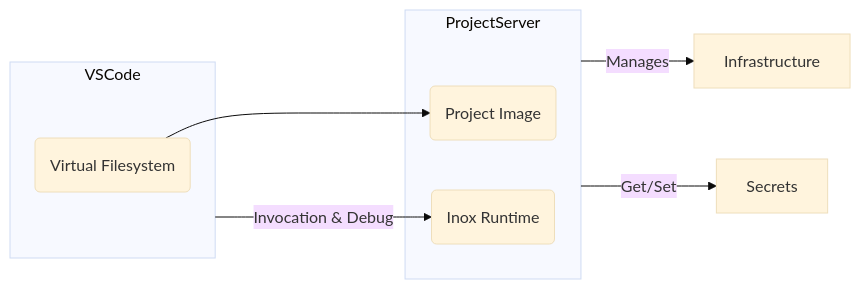
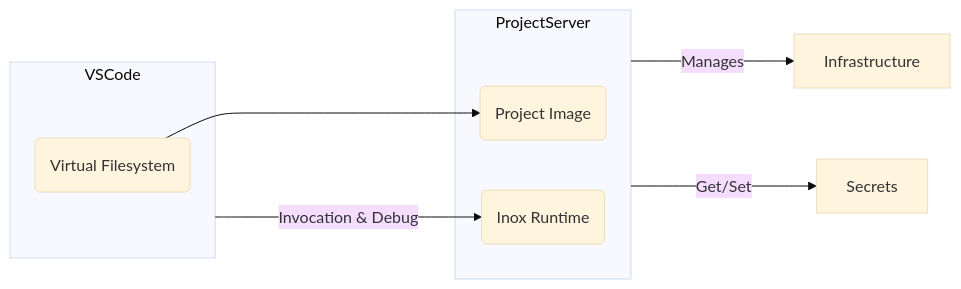
One commit to inoxlang/inox changed the first of 2 diagrams in README.md. Above: the diagram before and after it, drawn with Mermaid (base theme).

Commit message:
docs: try fixing mermaid graph in README

````diff
--- a/README.md
+++ b/README.md
@@ -250,19 +250,19 @@
 ```mermaid
 graph LR
 
 subgraph VSCode
   VSCodeVFS(Virtual Filesystem)
 end
 
-VSCodeVFS --> ProjImage
-VSCode -->|Invocation & Debug| Runtime(Inox Runtime)
+VSCodeVFS ---> ProjImage
+VSCode --->|Invocation & Debug| Runtime(Inox Runtime)
 ProjectServer[Project Server]
 
 subgraph ProjectServer
   Runtime
   ProjImage(Project Image)
 end
 
-ProjectServer -->|Manages| Infrastructure
-ProjectServer -->|Get/Set| Secrets
+ProjectServer --->|Manages| Infrastructure
+ProjectServer --->|Get/Set| Secrets
 ```
````
